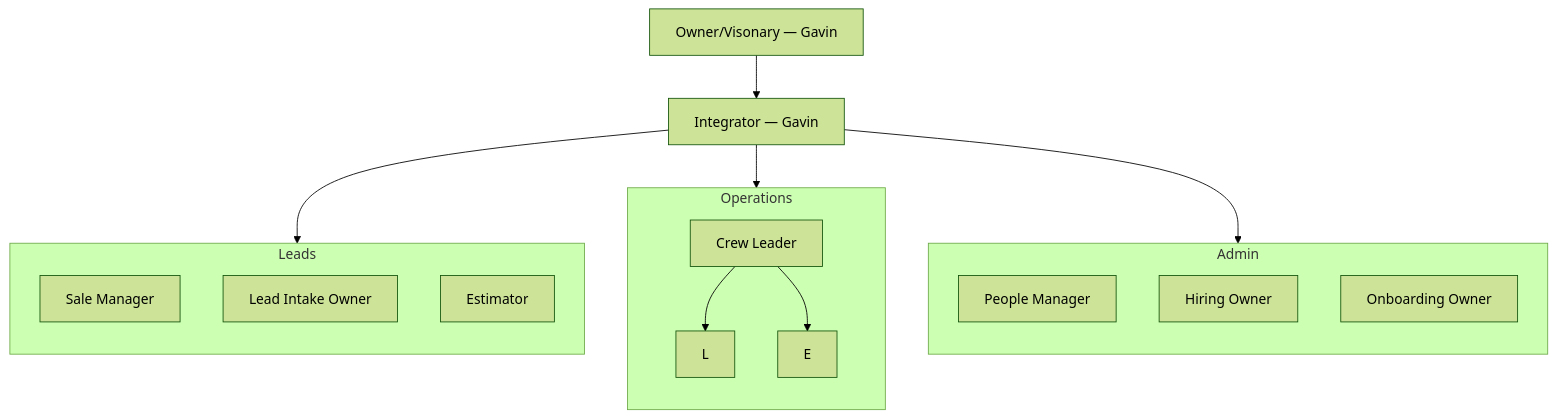
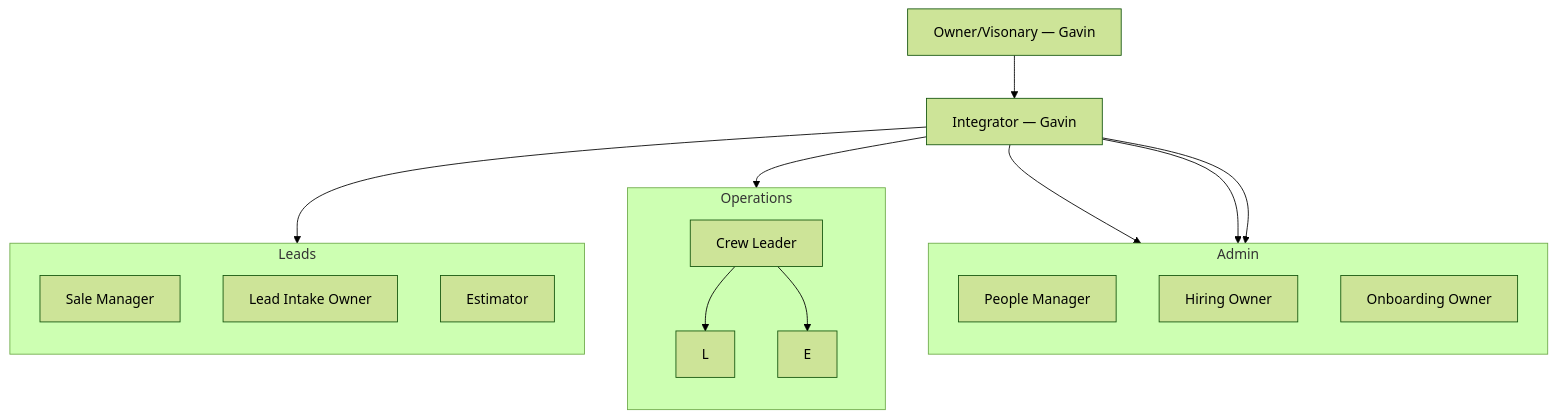
Before and after one commit to Gavin-is-trying/Hobbes_: the diagram in TLC-OS/03 Org Chart/org-chart.md, drawn with Mermaid (forest theme).

Commit message:
Refine organization chart reporting lines

````diff
--- a/TLC-OS/03 Org Chart/org-chart.md
+++ b/TLC-OS/03 Org Chart/org-chart.md
@@ -3,38 +3,40 @@
 ```mermaid
 flowchart TD
     A["Owner/Visonary — Gavin"]
     B["Integrator — Gavin"]
 
     subgraph AA["Admin"]
         direction TB
-        C["People Manager"]
-        hiringOwner["Hiring Owner"]
-        onboardingOwner["Onboarding Owner"]
+        C1["People Manager"]
+        C2["Hiring Owner"]
+        C3["Onboarding Owner"]
 
     end
 
     subgraph BB["Operations"]
         direction TB
         D["Crew Leader"]
         l["L"]
         e["E"]
 
         D --> l
         D --> e
 
     end
 
    subgraph CC["Leads"]
         direction TB
         E["Sale Manager"]
         leadIntakeOwner["Lead Intake Owner"]
         estimator["Estimator"]
 
     end
 
 
     A --> B
-    B --> C
+    B --> C1
+    B --> C2
+    B --> C3
     B --> D
     B --> E
 ```
````
